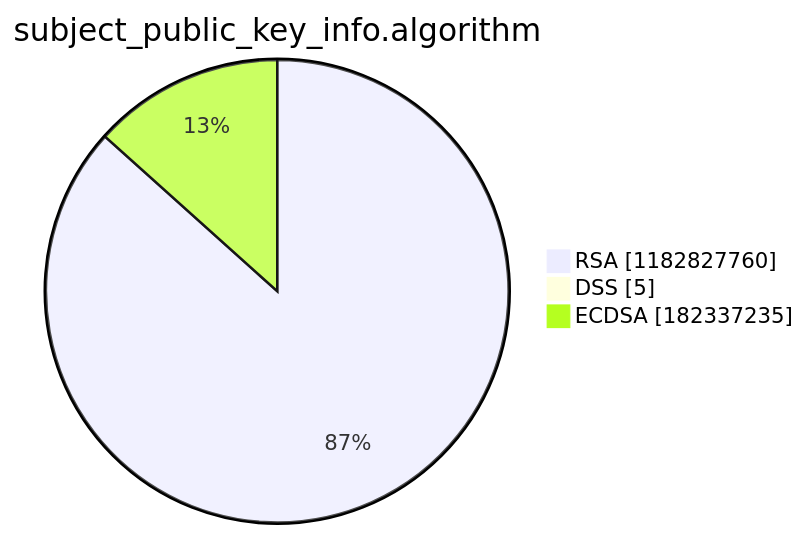
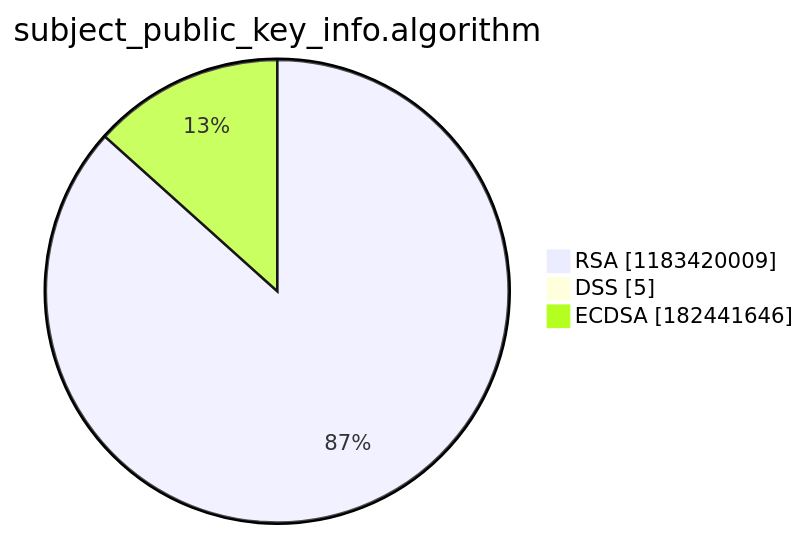
The third of 15 diagrams in argon2022/README.md (christiankrug/ctmonitor_visualization), drawn with Mermaid before and after one commit. The commit also changed other lines of this file, not shown here.

````diff
--- a/argon2022/README.md
+++ b/argon2022/README.md
@@ -14,7 +14,7 @@
 ```mermaid
 pie showData
 title subject_public_key_info.algorithm
-"RSA" :1182827760
+"RSA" :1183420009
 "DSS" :5
-"ECDSA" :182337235
+"ECDSA" :182441646
 ```
````
